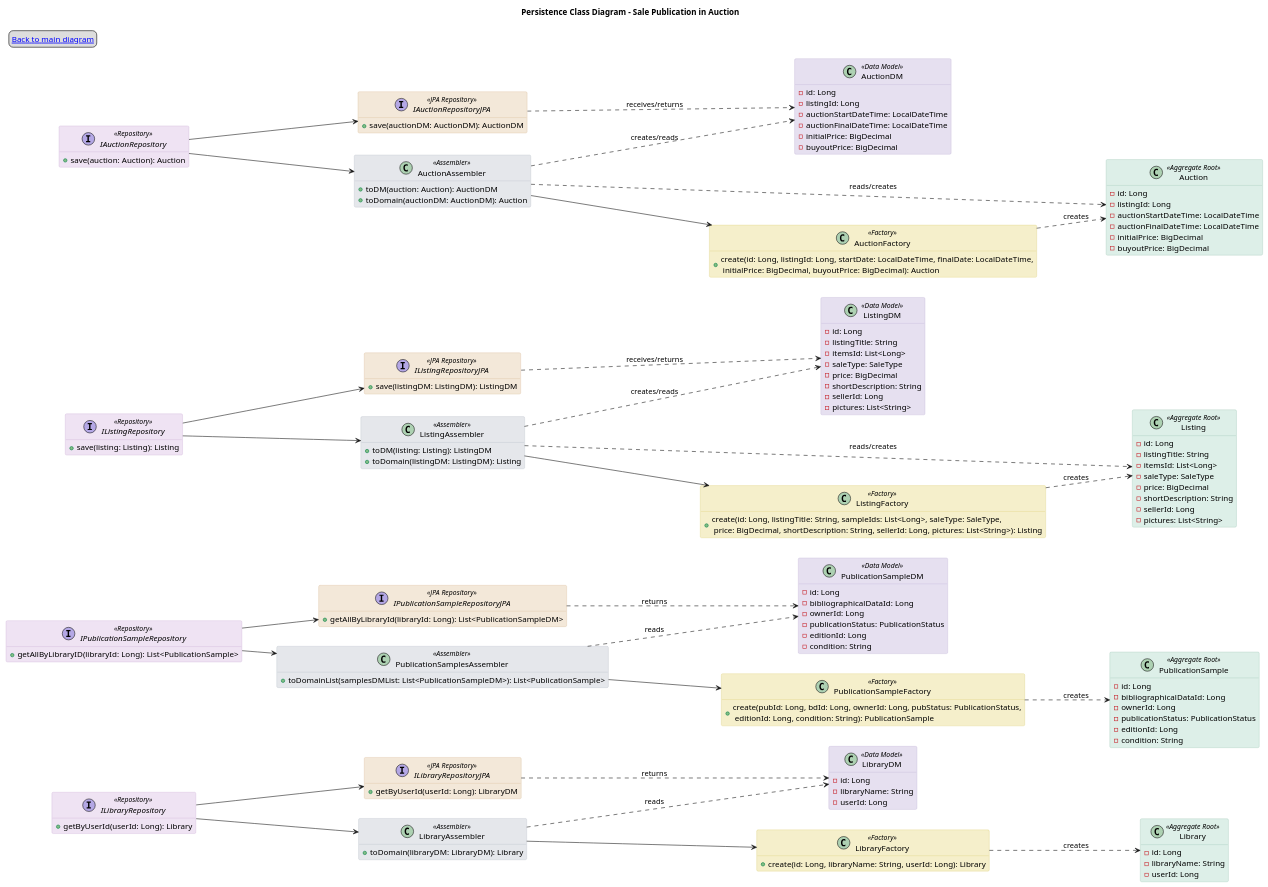
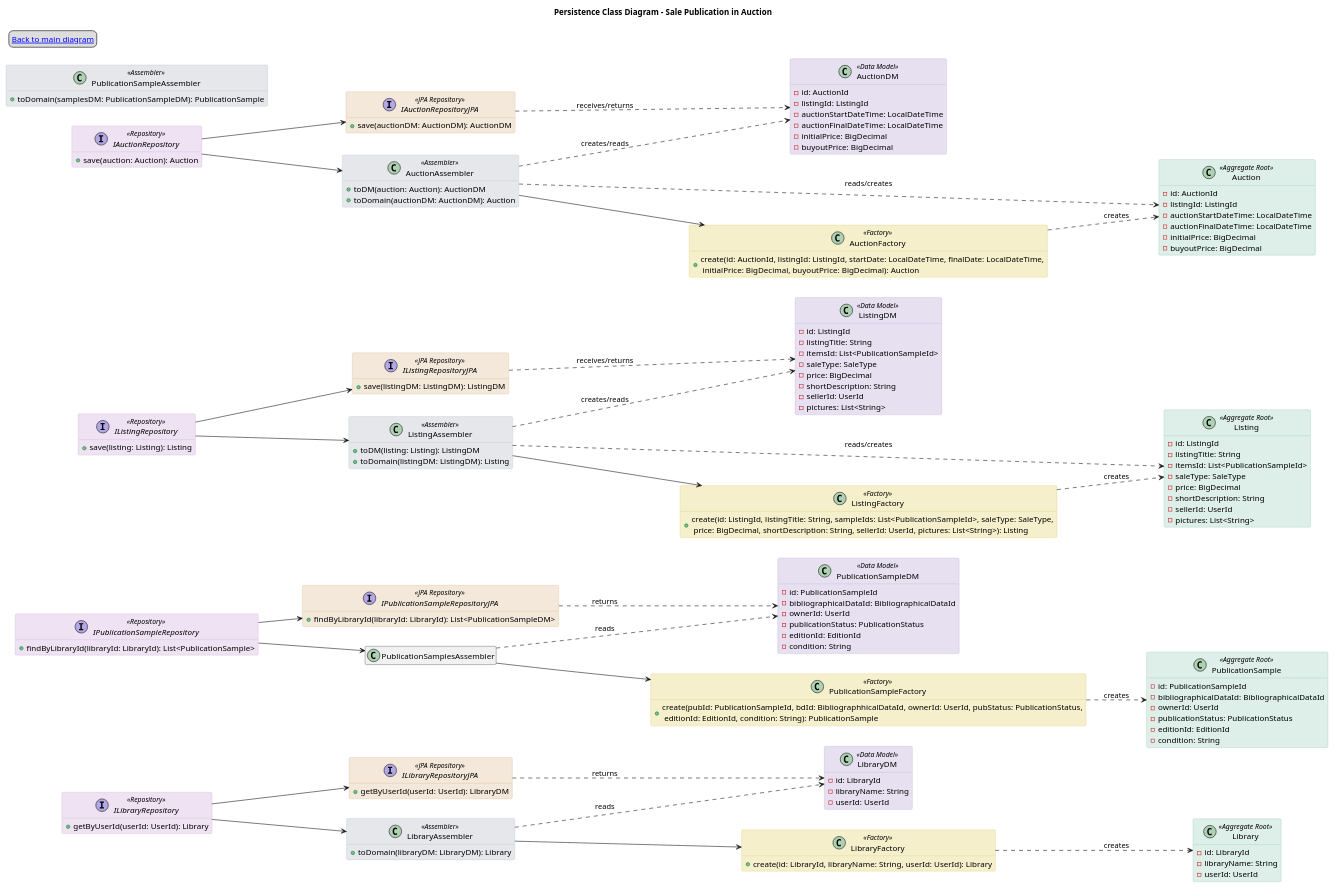
One commit to AndrePereiraGitH/SWitCH-Project-Team_A changed the diagram in Diagrams/ClassDiagrams/To-put-for-auction-publication-in-user-library/Persistence.puml. Above: the diagram before and after it, drawn with PlantUML. The commit also changed 3 other files, not shown here.

```diff
--- a/Diagrams/ClassDiagrams/To-put-for-auction-publication-in-user-library/Persistence.puml
+++ b/Diagrams/ClassDiagrams/To-put-for-auction-publication-in-user-library/Persistence.puml
@@ -34,34 +34,34 @@
 ' =========================
 
 class Library <<Aggregate Root>> {
-  -id: Long
+  -id: LibraryId
   -libraryName: String
-  -userId: Long
+  -userId: UserId
 }
 
 class PublicationSample <<Aggregate Root>> {
-  -id: Long
-  -bibliographicalDataId: Long
-  -ownerId: Long
+  -id: PublicationSampleId
+  -bibliographicalDataId: BibliographicalDataId
+  -ownerId: UserId
   -publicationStatus: PublicationStatus
-  -editionId: Long
+  -editionId: EditionId
   -condition: String
 }
 
 class Listing <<Aggregate Root>> {
-  -id: Long
+  -id: ListingId
   -listingTitle: String
-  -itemsId: List<Long>
+  -itemsId: List<PublicationSampleId>
   -saleType: SaleType
   -price: BigDecimal
   -shortDescription: String
-  -sellerId: Long
+  -sellerId: UserId
   -pictures: List<String>
 }
 
 class Auction <<Aggregate Root>> {
-  -id: Long
-  -listingId: Long
+  -id: AuctionId
+  -listingId: ListingId
   -auctionStartDateTime: LocalDateTime
   -auctionFinalDateTime: LocalDateTime
   -initialPrice: BigDecimal
@@ -73,11 +73,11 @@
 ' =========================
 
 interface ILibraryRepository <<Repository>> {
-  +getByUserId(userId: Long): Library
+  +getByUserId(userId: UserId): Library
 }
 
 interface IPublicationSampleRepository <<Repository>> {
-  +getAllByLibraryID(libraryId: Long): List<PublicationSample>
+  +findByLibraryId(libraryId: LibraryId): List<PublicationSample>
 }
 
 interface IListingRepository <<Repository>> {
@@ -93,11 +93,11 @@
 ' =========================
 
 interface ILibraryRepositoryJPA <<JPA Repository>> {
-  +getByUserId(userId: Long): LibraryDM
+  +getByUserId(userId: UserId): LibraryDM
 }
 
 interface IPublicationSampleRepositoryJPA <<JPA Repository>> {
-  +getAllByLibraryId(libraryId: Long): List<PublicationSampleDM>
+  +findByLibraryId(libraryId: LibraryId): List<PublicationSampleDM>
 }
 
 interface IListingRepositoryJPA <<JPA Repository>> {
@@ -113,34 +113,34 @@
 ' =========================
 
 class LibraryDM <<Data Model>> {
-  -id: Long
+  -id: LibraryId
   -libraryName: String
-  -userId: Long
+  -userId: UserId
 }
 
 class PublicationSampleDM <<Data Model>> {
-  -id: Long
-  -bibliographicalDataId: Long
-  -ownerId: Long
+  -id: PublicationSampleId
+  -bibliographicalDataId: BibliographicalDataId
+  -ownerId: UserId
   -publicationStatus: PublicationStatus
-  -editionId: Long
+  -editionId: EditionId
   -condition: String
 }
 
 class ListingDM <<Data Model>> {
-  -id: Long
+  -id: ListingId
   -listingTitle: String
-  -itemsId: List<Long>
+  -itemsId: List<PublicationSampleId>
   -saleType: SaleType
   -price: BigDecimal
   -shortDescription: String
-  -sellerId: Long
+  -sellerId: UserId
   -pictures: List<String>
 }
 
 class AuctionDM <<Data Model>> {
-  -id: Long
-  -listingId: Long
+  -id: AuctionId
+  -listingId: ListingId
   -auctionStartDateTime: LocalDateTime
   -auctionFinalDateTime: LocalDateTime
   -initialPrice: BigDecimal
@@ -155,8 +155,8 @@
   +toDomain(libraryDM: LibraryDM): Library
 }
 
-class PublicationSamplesAssembler <<Assembler>> {
-  +toDomainList(samplesDMList: List<PublicationSampleDM>): List<PublicationSample>
+class PublicationSampleAssembler <<Assembler>> {
+  +toDomain(samplesDM: PublicationSampleDM): PublicationSample
 }
 
 class ListingAssembler <<Assembler>> {
@@ -174,19 +174,19 @@
 ' =========================
 
 class LibraryFactory <<Factory>> {
-  +create(id: Long, libraryName: String, userId: Long): Library
+  +create(id: LibraryId, libraryName: String, userId: UserId): Library
 }
 
 class PublicationSampleFactory <<Factory>> {
-  +create(pubId: Long, bdId: Long, ownerId: Long, pubStatus: PublicationStatus,\n editionId: Long, condition: String): PublicationSample
+  +create(pubId: PublicationSampleId, bdId: BibliographhicalDataId, ownerId: UserId, pubStatus: PublicationStatus,\n editionId: EditionId, condition: String): PublicationSample
 }
 
 class ListingFactory <<Factory>> {
-  +create(id: Long, listingTitle: String, sampleIds: List<Long>, saleType: SaleType,\n price: BigDecimal, shortDescription: String, sellerId: Long, pictures: List<String>): Listing
+  +create(id: ListingId, listingTitle: String, sampleIds: List<PublicationSampleId>, saleType: SaleType,\n price: BigDecimal, shortDescription: String, sellerId: UserId, pictures: List<String>): Listing
 }
 
 class AuctionFactory <<Factory>> {
-  +create(id: Long, listingId: Long, startDate: LocalDateTime, finalDate: LocalDateTime,\n initialPrice: BigDecimal, buyoutPrice: BigDecimal): Auction
+  +create(id: AuctionId, listingId: ListingId, startDate: LocalDateTime, finalDate: LocalDateTime,\n initialPrice: BigDecimal, buyoutPrice: BigDecimal): Auction
 }
 
 ' =========================
```
